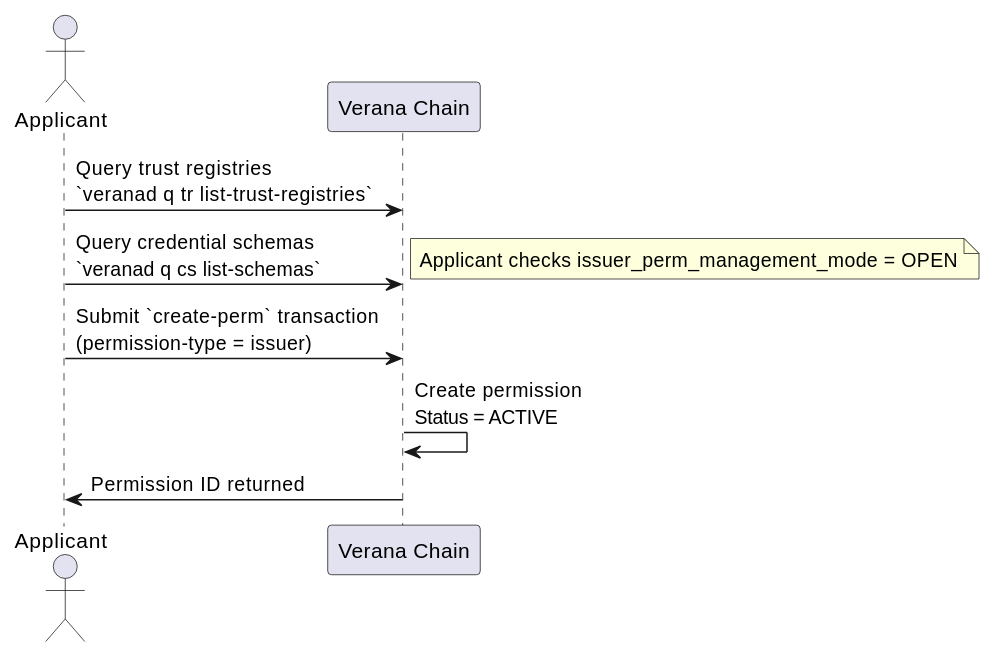
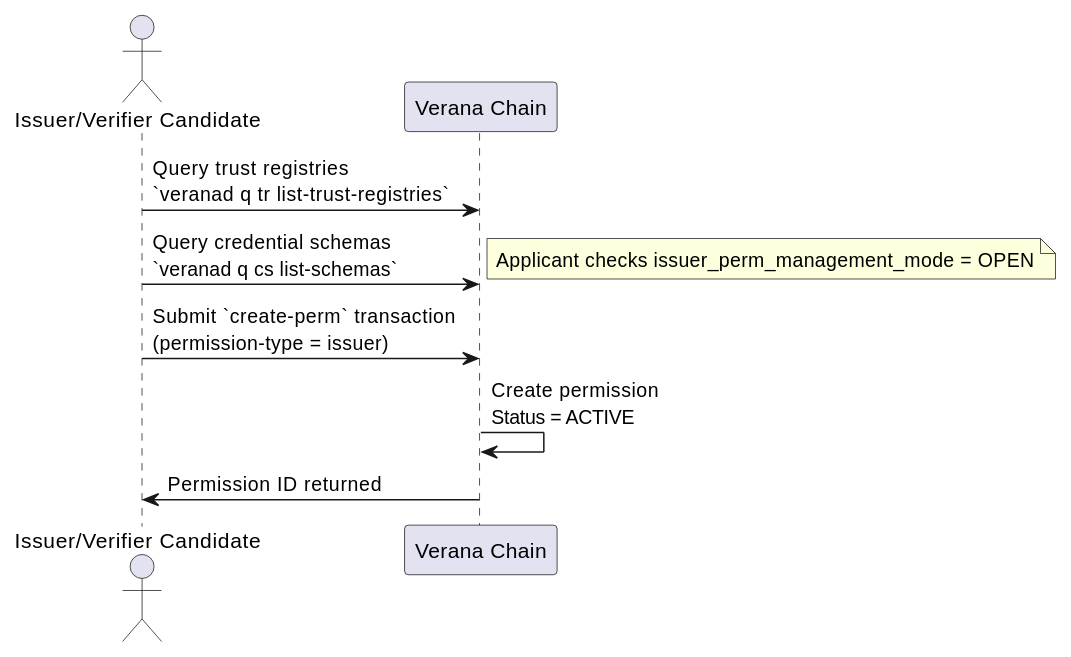
One commit to verana-labs/verana-docs changed the second of 5 diagrams in docs/use/ecosystems/20-onboarding.md. Above: the diagram before and after it, drawn with PlantUML. The commit also changed other lines of this file, not shown here.

````diff
--- a/docs/use/ecosystems/20-onboarding.md
+++ b/docs/use/ecosystems/20-onboarding.md
@@ -185,16 +185,16 @@
 ```plantuml
 @startuml
-actor Applicant
+actor "Issuer/Verifier Candidate" as Applicant
 participant "Verana Chain" as Chain
 
 Applicant -> Chain: Query trust registries\n`veranad q tr list-trust-registries`
 Applicant -> Chain: Query credential schemas\n`veranad q cs list-schemas`
 note right
 Applicant checks issuer_perm_management_mode = OPEN
 end note
 
 Applicant -> Chain: Submit `create-perm` transaction\n(permission-type = issuer)
 Chain -> Chain: Create permission\nStatus = ACTIVE
 Applicant <- Chain: Permission ID returned
 @enduml
 ```
````
